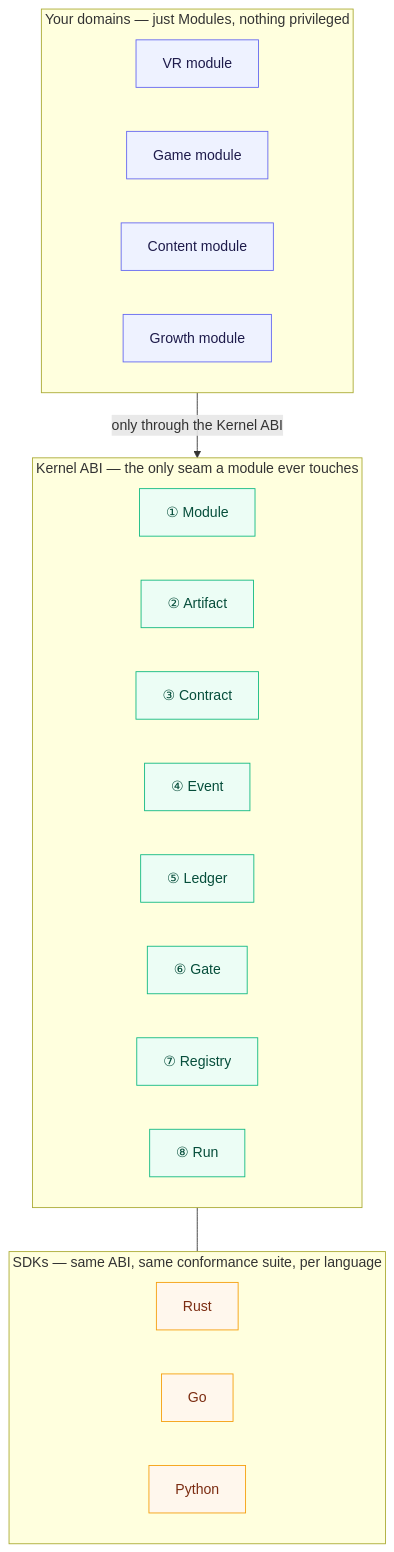
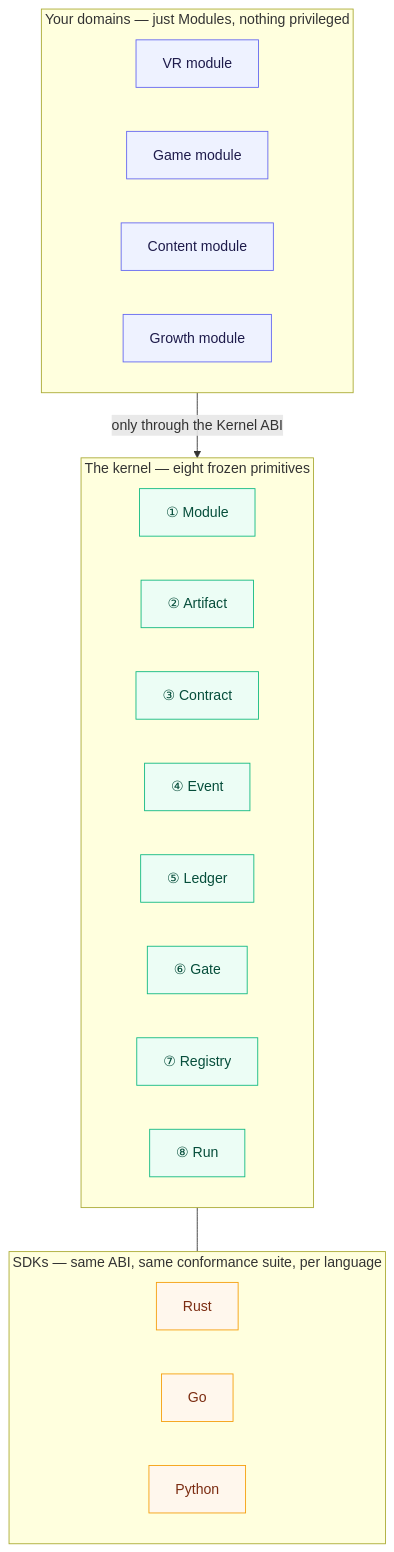
One commit to philcantcode/srcport-substrate changed the first of 6 diagrams in README.md. Above: the diagram before and after it, drawn with Mermaid. The commit also changed other lines of this file and 12 other files, not shown here.

First line of the commit message:
feat: add HTML rendering of reconstructed dataflow graph from ledger

````diff
--- a/README.md
+++ b/README.md
@@ -22,39 +22,39 @@
 ```mermaid
 flowchart TB
     subgraph Domain["Your domains — just Modules, nothing privileged"]
         direction LR
         M1["VR module"]
         M2["Game module"]
         M3["Content module"]
         M4["Growth module"]
     end
 
-    subgraph Kernel["Kernel ABI — the only seam a module ever touches"]
+    subgraph Kernel["The kernel — eight frozen primitives"]
         direction LR
         P1["① Module"]
         P2["② Artifact"]
         P3["③ Contract"]
         P4["④ Event"]
         P5["⑤ Ledger"]
         P6["⑥ Gate"]
         P7["⑦ Registry"]
         P8["⑧ Run"]
     end
 
     subgraph SDKs["SDKs — same ABI, same conformance suite, per language"]
         direction LR
         S1["Rust"]
         S2["Go"]
         S3["Python"]
     end
 
     Domain -->|"only through the Kernel ABI"| Kernel
     Kernel --- SDKs
 
     classDef dom fill:#eef2ff,stroke:#6366f1,stroke-width:1px,color:#1e1b4b;
     classDef ker fill:#ecfdf5,stroke:#10b981,stroke-width:1px,color:#064e3b;
     classDef sdk fill:#fff7ed,stroke:#f59e0b,stroke-width:1px,color:#7c2d12;
     class M1,M2,M3,M4 dom;
     class P1,P2,P3,P4,P5,P6,P7,P8 ker;
     class S1,S2,S3 sdk;
 ```
````
